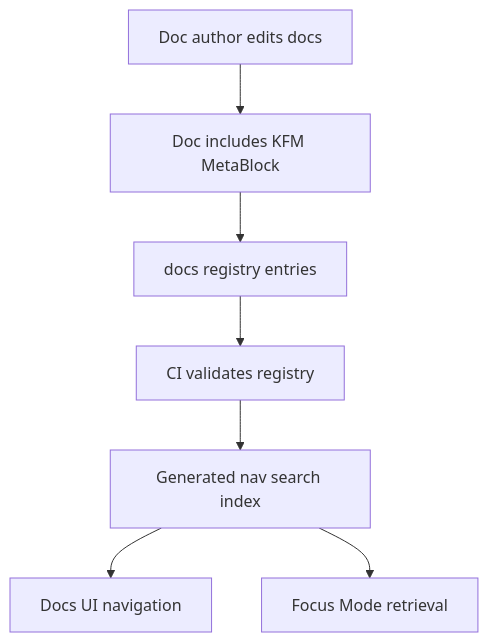
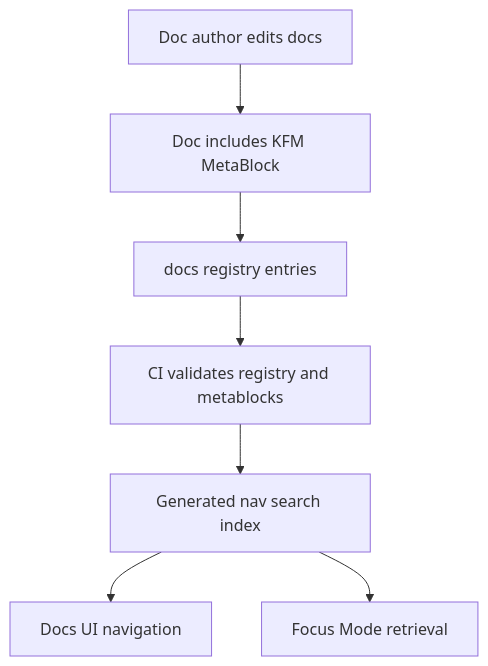
One commit to bartytime4life/Kansas-Frontier-Matrix changed the diagram in docs/_registry/README.md. Above: the diagram before and after it, drawn with Mermaid. The commit also changed other lines of this file, not shown here.

First line of the commit message:
Revise README for documentation registry updates

````diff
--- a/docs/_registry/README.md
+++ b/docs/_registry/README.md
@@ -171,9 +205,9 @@
 ```mermaid
 flowchart TB
   A[Doc author edits docs] --> B[Doc includes KFM MetaBlock]
   B --> C[docs registry entries]
-  C --> D[CI validates registry]
+  C --> D[CI validates registry and metablocks]
   D --> E[Generated nav search index]
   E --> F[Docs UI navigation]
   E --> G[Focus Mode retrieval]
 ```
````
